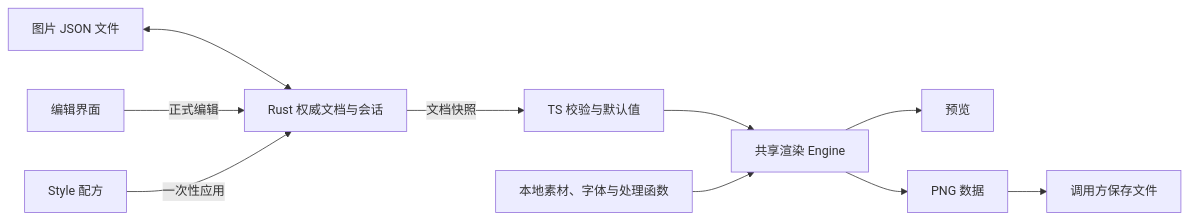
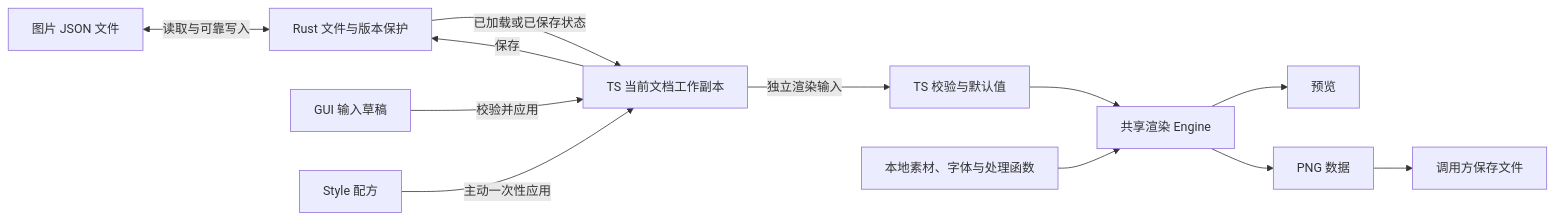
One commit to leejkee/creator-tool changed the diagram in docs/architecture.md. Above: the diagram before and after it, drawn with Mermaid. The commit also changed other lines of this file and 5 other files, not shown here.

````diff
--- a/docs/architecture.md
+++ b/docs/architecture.md
@@ -43,12 +62,14 @@
 ```mermaid
 flowchart LR
-    F[图片 JSON 文件] <--> D[Rust 权威文档与会话]
-    U[编辑界面] -->|正式编辑| D
-    S[Style 配方] -->|一次性应用| D
-    D -->|文档快照| V[TS 校验与默认值]
+    F[图片 JSON 文件] <-->|读取与可靠写入| D[Rust 文件与版本保护]
+    D -->|已加载或已保存状态| W[TS 当前文档工作副本]
+    U[GUI 输入草稿] -->|校验并应用| W
+    S[Style 配方] -->|主动一次性应用| W
+    W -->|保存| D
+    W -->|独立渲染输入| V[TS 校验与默认值]
     V --> E[共享渲染 Engine]
     R[本地素材、字体与处理函数] --> E
     E --> P[预览]
     E --> O[PNG 数据]
     O --> C[调用方保存文件]
 ```
````
